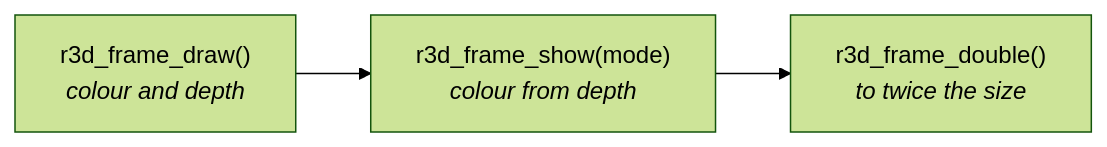
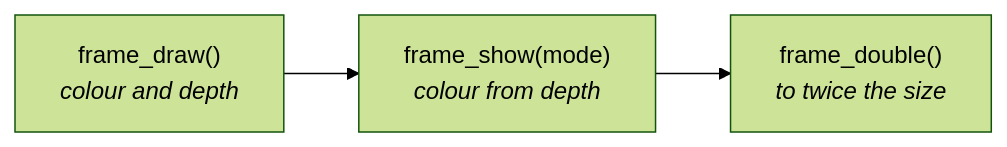
The third of 3 diagrams in docs/Mesh-Rendering.md (jose-villegas/autana), drawn with Mermaid (forest theme) before and after one commit. The commit also changed other lines of this file and 54 other files, not shown here.

Commit message:
render: scene nouns are their own modules - camera, frame, viewport, vec3f, ray, trs

````diff
--- a/docs/Mesh-Rendering.md
+++ b/docs/Mesh-Rendering.md
@@ -121,5 +123,5 @@
 ```mermaid
 flowchart LR
-    Render["r3d_frame_draw()<br/><i>colour and depth</i>"] --> Show
-    Show["r3d_frame_show(mode)<br/><i>colour from depth</i>"] --> Double["r3d_frame_double()<br/><i>to twice the size</i>"]
+    Render["frame_draw()<br/><i>colour and depth</i>"] --> Show
+    Show["frame_show(mode)<br/><i>colour from depth</i>"] --> Double["frame_double()<br/><i>to twice the size</i>"]
 ```
````
